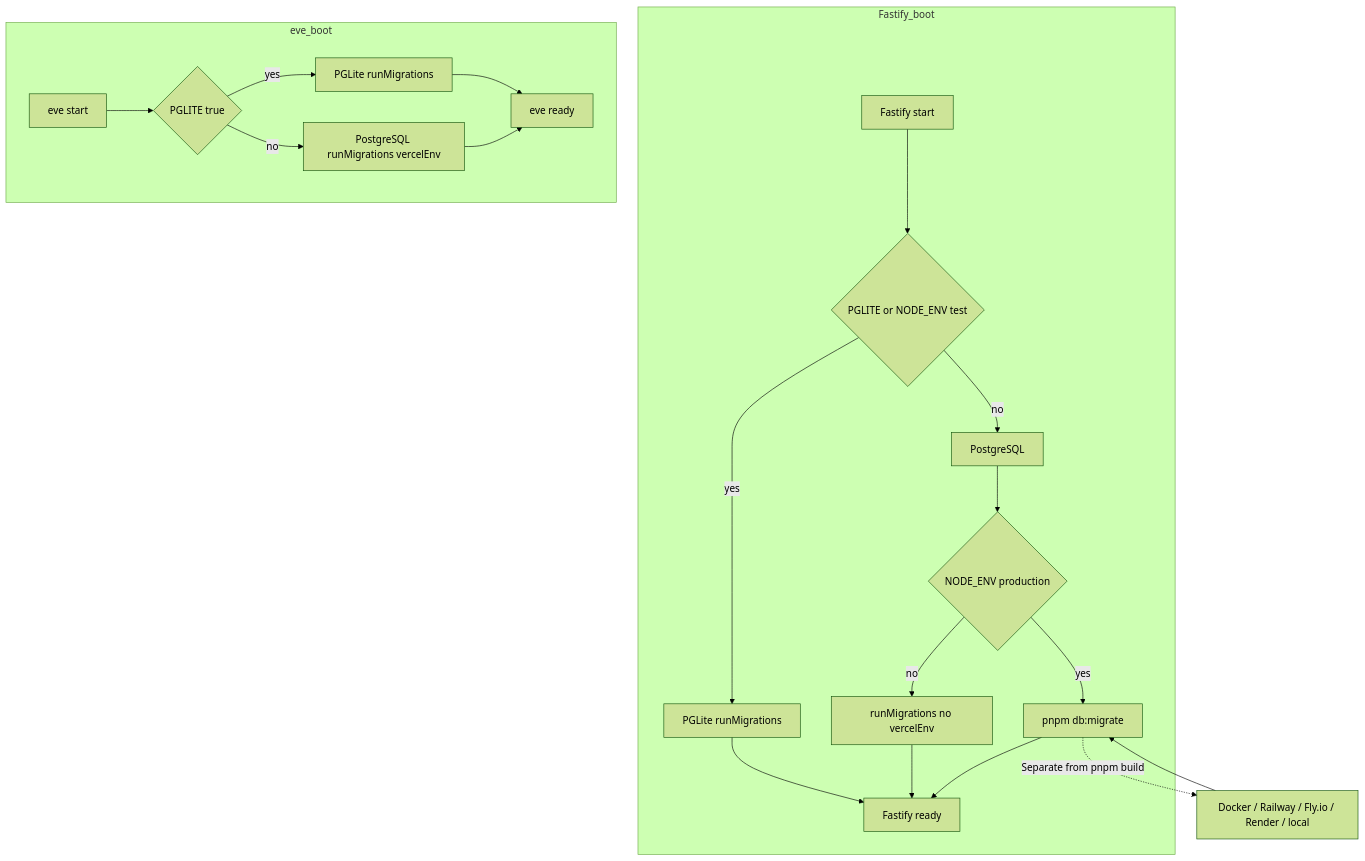
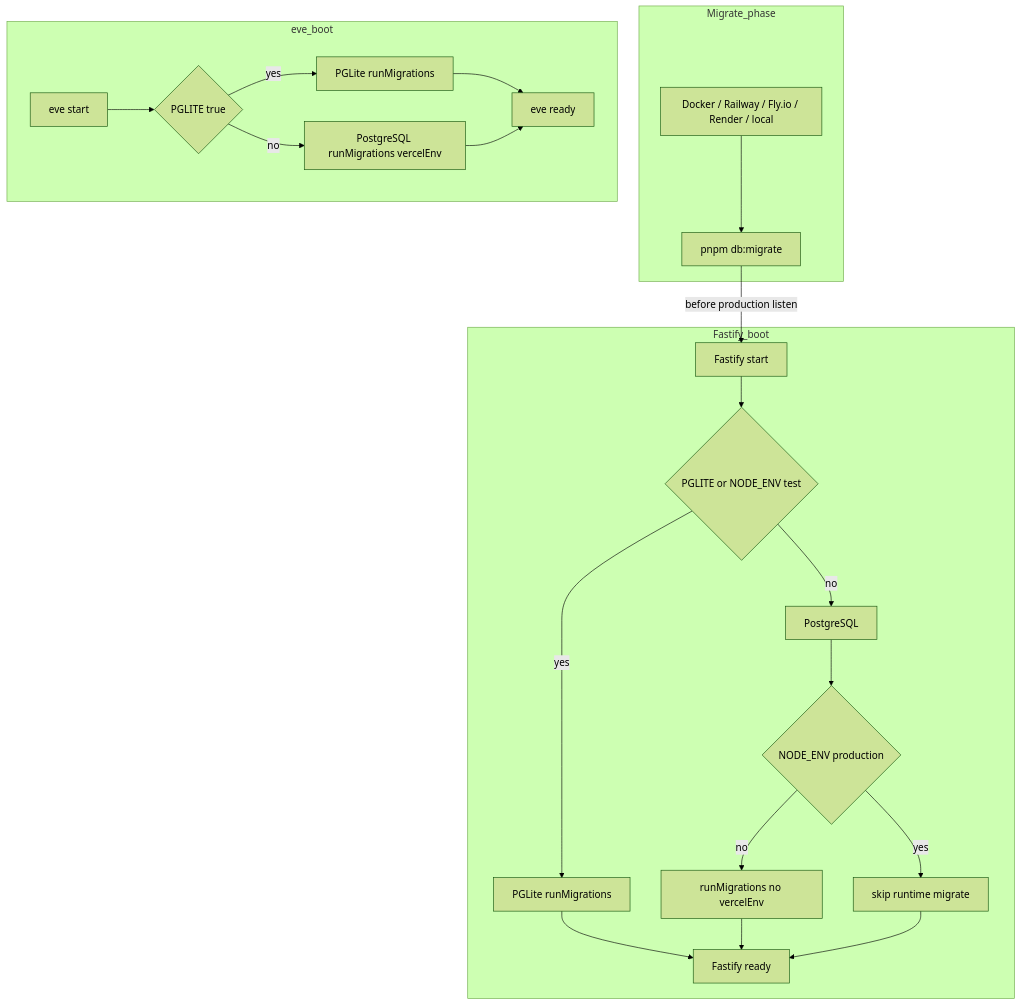
Before and after one commit to blockmatic/basilic: the diagram in apps/docu/content/docs/adrs/008-database.mdx, drawn with Mermaid (forest theme). The commit also changed 7 other files, not shown here.

Commit message:
fix: classify hero asset and correct migrate diagram

````diff
--- a/apps/docu/content/docs/adrs/008-database.mdx
+++ b/apps/docu/content/docs/adrs/008-database.mdx
@@ -170,25 +170,28 @@
 ```mermaid
 flowchart TD
+  subgraph migratePhase [Migrate_phase]
+    Deploy[Docker / Railway / Fly.io / Render / local] --> Migrate[pnpm db:migrate]
+  end
+
   subgraph fastifyBoot [Fastify_boot]
     FStart[Fastify start] --> FCheck{"PGLITE or NODE_ENV test"}
     FCheck -->|yes| FLite[PGLite runMigrations]
     FCheck -->|no| FPg[PostgreSQL]
     FPg --> FProd{"NODE_ENV production"}
     FProd -->|no| FDev[runMigrations no vercelEnv]
-    FProd -->|yes| MigratePhase[pnpm db:migrate]
+    FProd -->|yes| FSkip[skip runtime migrate]
     FLite --> FReady[Fastify ready]
     FDev --> FReady
-    MigratePhase --> FReady
+    FSkip --> FReady
   end
 
   subgraph eveBoot [eve_boot]
     EStart[eve start] --> ECheck{"PGLITE true"}
     ECheck -->|yes| ELite[PGLite runMigrations]
     ECheck -->|no| EPg[PostgreSQL runMigrations vercelEnv]
     ELite --> EReady[eve ready]
     EPg --> EReady
   end
 
-  MigratePhase -.->|Separate from pnpm build| Deploy[Docker / Railway / Fly.io / Render / local]
-  Deploy --> MigratePhase
+  Migrate -->|before production listen| FStart
 ```
````
